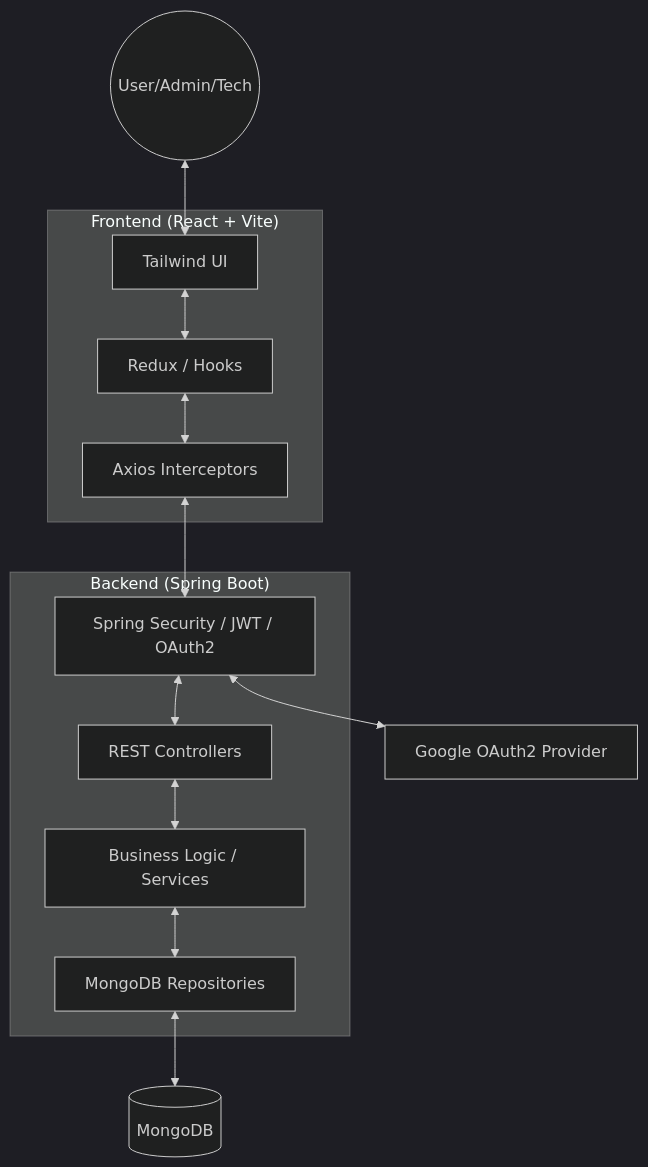
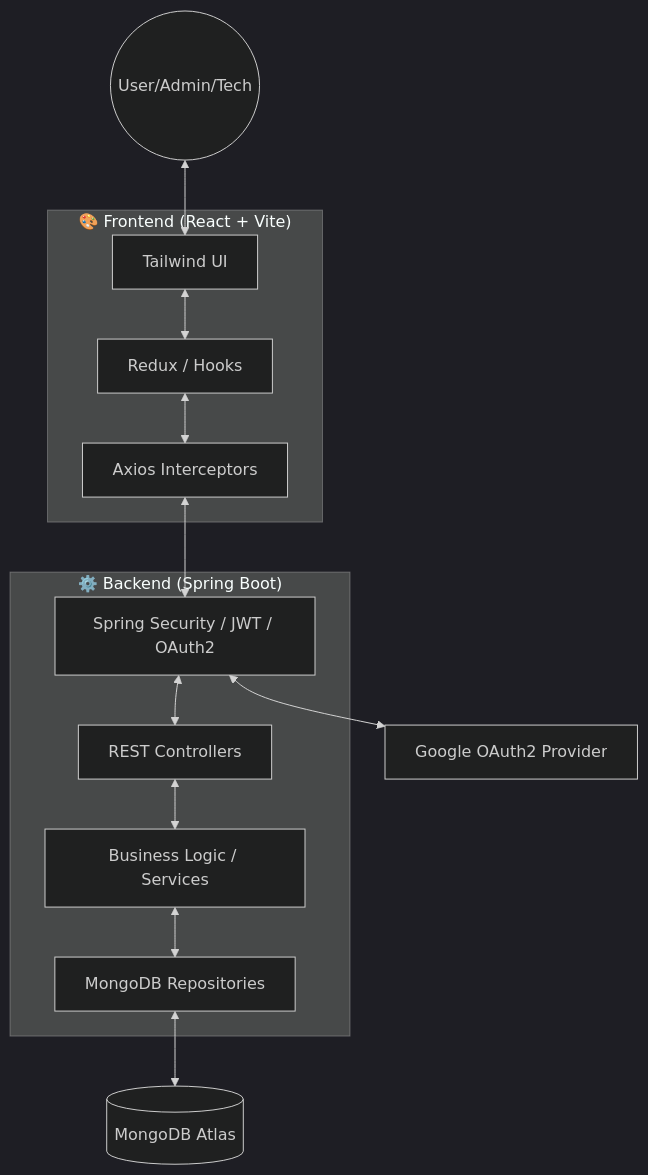
One commit to Senthazhan/smart-Campus-Operations-Hub-TVK changed the diagram in smart-campus-operations-hub-Final-PAF/README.md. Above: the diagram before and after it, drawn with Mermaid (dark theme). The commit also changed other lines of this file and 1 other file, not shown here.

````diff
--- a/smart-campus-operations-hub-Final-PAF/README.md
+++ b/smart-campus-operations-hub-Final-PAF/README.md
@@ -14,27 +42,27 @@
 ```mermaid
 graph TD
     User((User/Admin/Tech))
-    subgraph "Frontend (React + Vite)"
+    subgraph "🎨 Frontend (React + Vite)"
         UI[Tailwind UI]
         State[Redux / Hooks]
         API_Call[Axios Interceptors]
     end
-    subgraph "Backend (Spring Boot)"
+    subgraph "⚙️ Backend (Spring Boot)"
         Security[Spring Security / JWT / OAuth2]
         Controller[REST Controllers]
         Service[Business Logic / Services]
         Repo[MongoDB Repositories]
     end
-    DB[(MongoDB)]
+    DB[(MongoDB Atlas)]
     GoogleAuth[Google OAuth2 Provider]
 
     User <--> UI
     UI <--> State
     State <--> API_Call
     API_Call <--> Security
     Security <--> Controller
     Controller <--> Service
     Service <--> Repo
     Repo <--> DB
     Security <--> GoogleAuth
 ```
````
